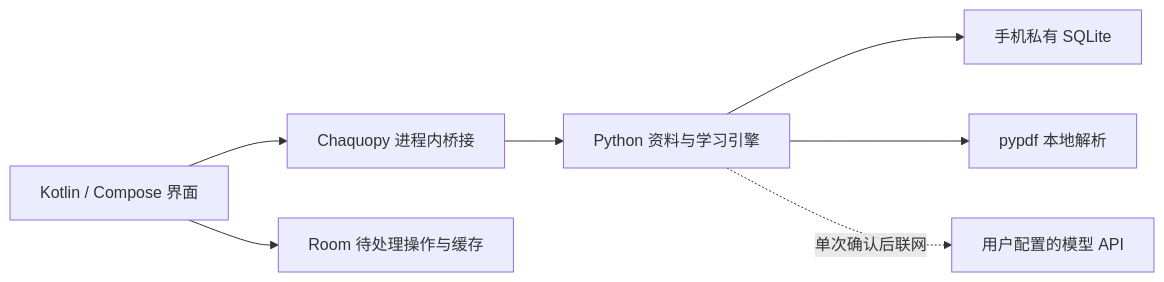
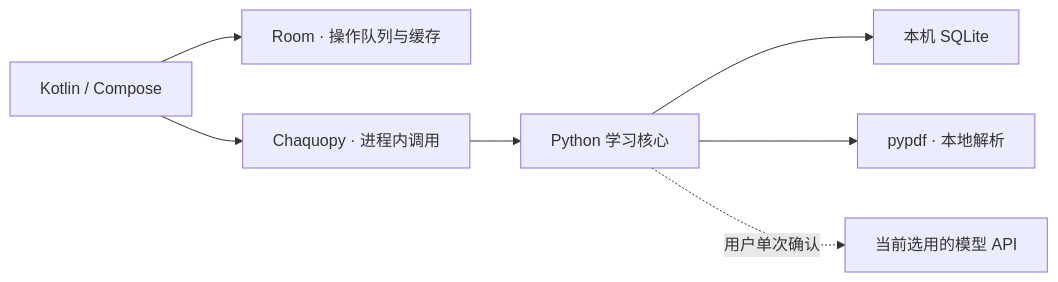
Before and after one commit to ChenYueqi2024/wenji: the second of 2 diagrams in README.md, drawn with Mermaid. The commit also changed other lines of this file and 32 other files, not shown here.

````diff
--- a/README.md
+++ b/README.md
@@ -110,9 +91,9 @@
 ```mermaid
 flowchart LR
-    UI[Kotlin / Compose 界面] --> B[Chaquopy 进程内桥接]
-    UI --> R[Room 待处理操作与缓存]
-    B --> C[Python 资料与学习引擎]
-    C --> D[手机私有 SQLite]
-    C --> P[pypdf 本地解析]
-    C -. 单次确认后联网 .-> M[用户配置的模型 API]
+    UI[Kotlin / Compose] --> R[Room · 操作队列与缓存]
+    UI --> B[Chaquopy · 进程内调用]
+    B --> C[Python 学习核心]
+    C --> D[本机 SQLite]
+    C --> P[pypdf · 本地解析]
+    C -. 用户单次确认 .-> M[当前选用的模型 API]
 ```
````
